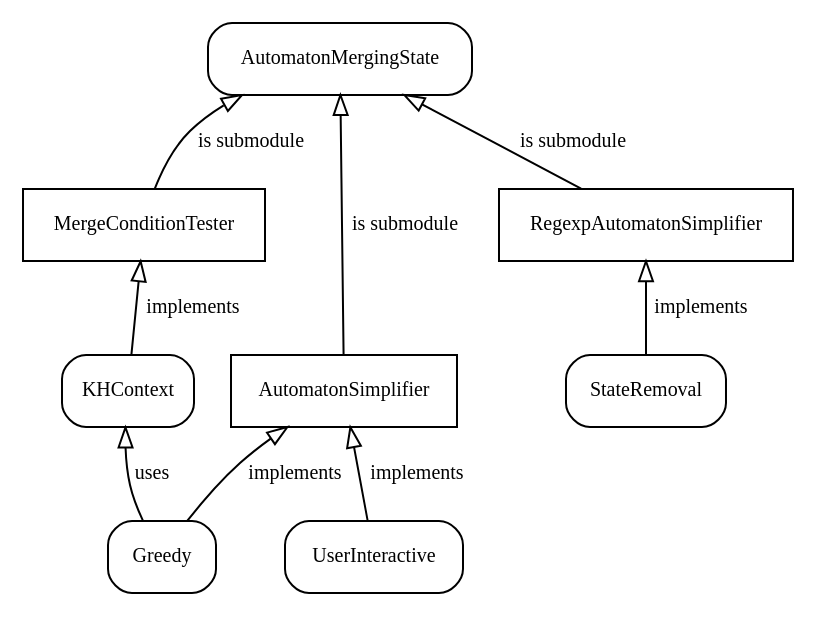
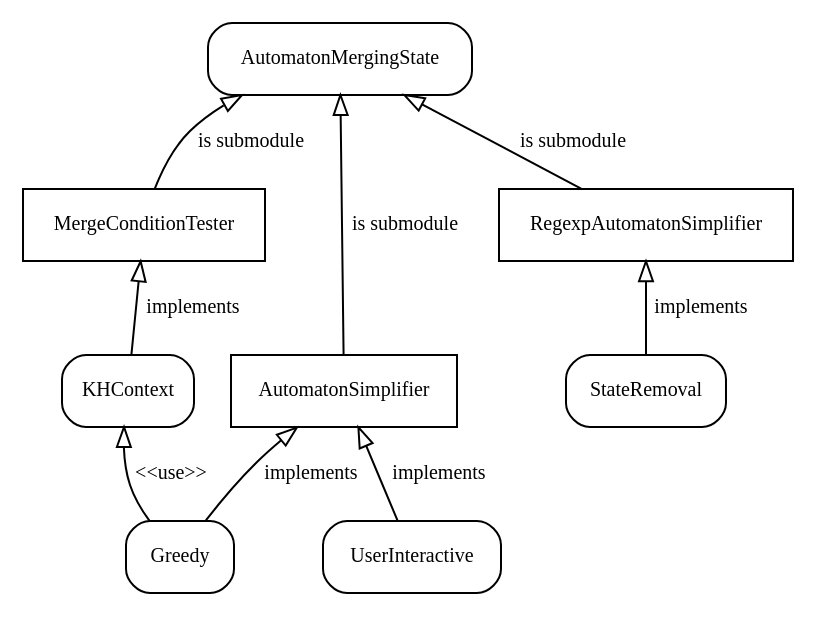
Before and after one commit to otmarjr/jInfer-fork: the diagram in doc/jInfer/twostep/automaton_merging_state_modules.gv, drawn with Graphviz. The commit also changed 50 other files, not shown here.

```diff
--- a/doc/jInfer/twostep/automaton_merging_state_modules.gv
+++ b/doc/jInfer/twostep/automaton_merging_state_modules.gv
@@ -1,25 +1,25 @@
 digraph automaton_merging_states_submodules {
 	node [shape = rectangle, fontname = "TeXGyrePagella-Regular", fontsize = 10];
 	edge [fontname = "TeXGyrePagella-Regular", fontsize = 10, arrowhead = empty];
 	rankdir = BT;
 
 	AutomatonMergingState [style = rounded];
 	AutomatonSimplifier -> AutomatonMergingState [label = "is submodule"];
 	RegexpAutomatonSimplifier -> AutomatonMergingState [label = "is submodule"];
 	MergeConditionTester -> AutomatonMergingState [label = "is submodule"];
 
 	Greedy [style = rounded];
 	Greedy -> AutomatonSimplifier [label = "implements"];
 	
 	StateRemoval [style = rounded];
 	StateRemoval -> RegexpAutomatonSimplifier [label = "implements"];
 	
 	KHContext [style = rounded];
 	KHContext -> MergeConditionTester [label = "implements"];
 	
-	Greedy -> KHContext [label = "uses"];
+	Greedy -> KHContext [label = "<<use>>"];
 
 	UserInteractive [style = rounded];
 	UserInteractive -> AutomatonSimplifier [label = "implements"];
 	
 }
```
